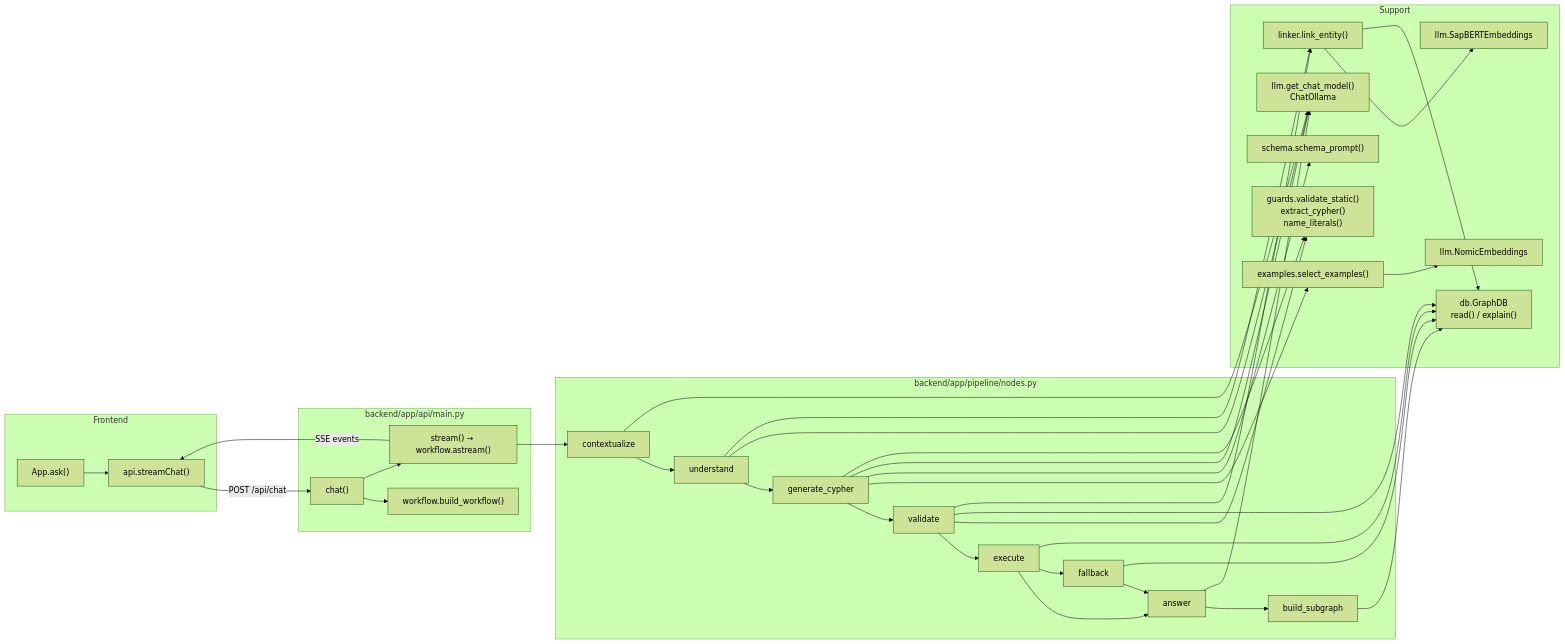
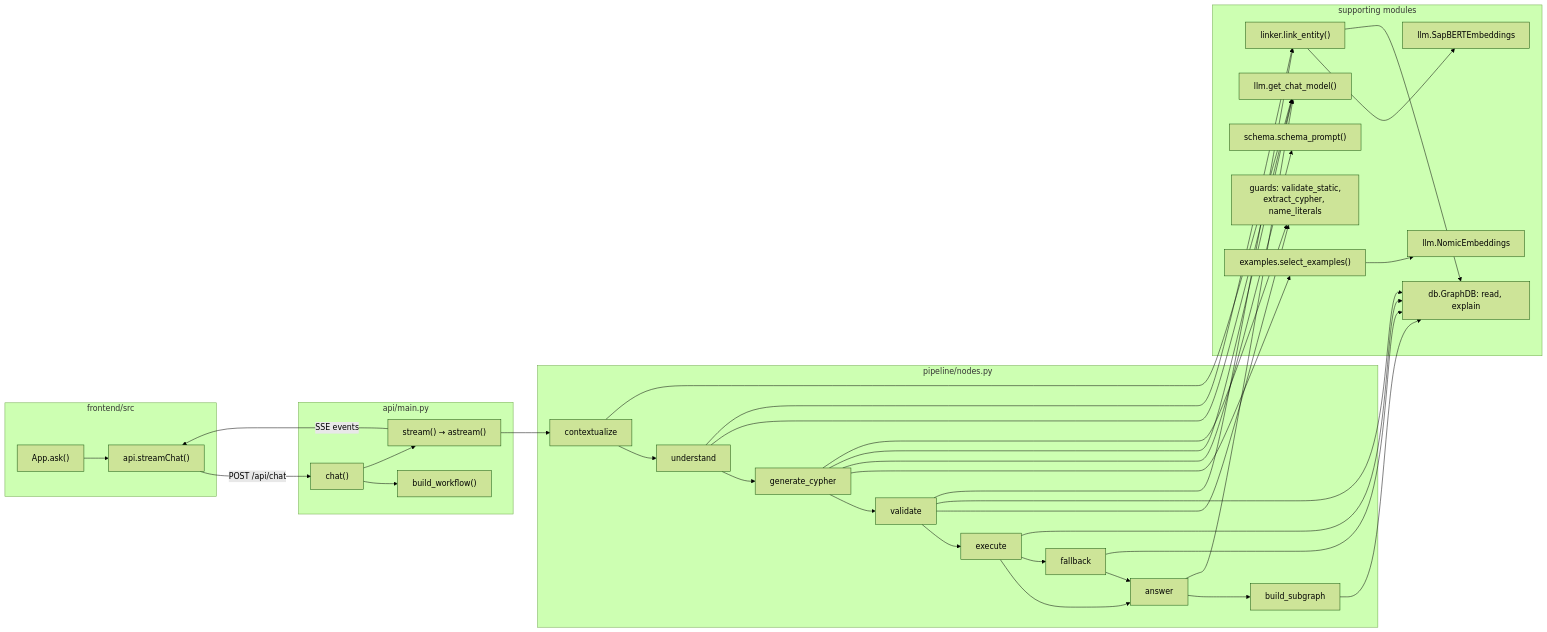
The sixth of 6 diagrams in docs/flow.md (praneethnarayanan2002-lab/medigraph-llm-rag), drawn with Mermaid (forest theme) before and after one commit. The commit also changed other lines of this file, not shown here.

Commit message:
Rewrite flow doc: explain the basics first, then trace every step in detail

````diff
--- a/docs/flow.md
+++ b/docs/flow.md
@@ -787,49 +1572,44 @@
 ```mermaid
 flowchart LR
-    subgraph Frontend
+    subgraph FE["frontend/src"]
         ask["App.ask()"] --> sc["api.streamChat()"]
     end
-    subgraph API["backend/app/api/main.py"]
-        chat["chat()"] --> bw["workflow.build_workflow()"]
-        chat --> st["stream() → workflow.astream()"]
+    subgraph API["api/main.py"]
+        chat["chat()"] --> bw["build_workflow()"]
+        chat --> st["stream() → astream()"]
     end
-    subgraph Nodes["backend/app/pipeline/nodes.py"]
-        ctx["contextualize"] --> und["understand"]
-        und --> gen["generate_cypher"]
-        gen --> val["validate"]
-        val --> exe["execute"]
+    subgraph NODES["pipeline/nodes.py"]
+        ctx["contextualize"] --> und["understand"] --> gen["generate_cypher"] --> val["validate"] --> exe["execute"]
         exe --> ans["answer"]
-        exe --> fb["fallback"]
-        fb --> ans
+        exe --> fb["fallback"] --> ans
         ans --> bs["build_subgraph"]
     end
-    subgraph Support
-        llm["llm.get_chat_model()<br/>ChatOllama"]
+    subgraph SUP["supporting modules"]
+        llm["llm.get_chat_model()"]
         link["linker.link_entity()"]
-        sapb["llm.SapBERTEmbeddings"]
+        sap["llm.SapBERTEmbeddings"]
         sel["examples.select_examples()"]
-        nomic["llm.NomicEmbeddings"]
+        nom["llm.NomicEmbeddings"]
         sch["schema.schema_prompt()"]
-        grd["guards.validate_static()<br/>extract_cypher()<br/>name_literals()"]
-        db["db.GraphDB<br/>read() / explain()"]
+        grd["guards: validate_static,<br/>extract_cypher, name_literals"]
+        db["db.GraphDB: read, explain"]
     end
-    sc -->|POST /api/chat| chat
+    sc -- "POST /api/chat" --> chat
     st --> ctx
     ctx --> llm
     und --> llm
-    und --> link
-    link --> sapb
+    und --> link --> sap
     link --> db
-    gen --> sel --> nomic
+    gen --> sel --> nom
     gen --> sch
     gen --> llm
     gen --> grd
     val --> grd
     val --> db
     val --> link
     exe --> db
     fb --> db
     ans --> llm
     bs --> db
-    st -->|SSE events| sc
+    st -- "SSE events" --> sc
 ```
````
